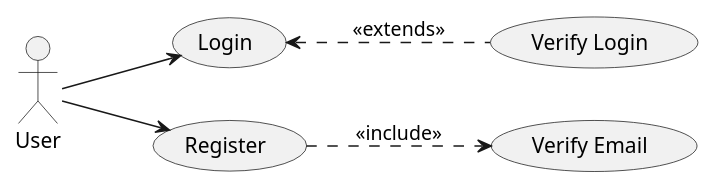
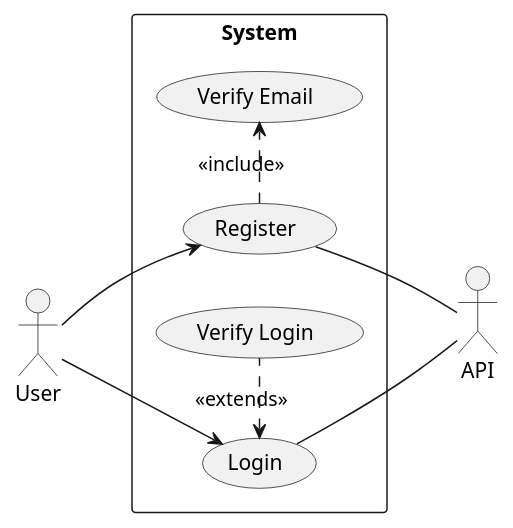
One commit to blackout1471/trust-us-school changed the diagram in Docs/Use-cases.plantuml. Above: the diagram before and after it, drawn with PlantUML. The commit also changed 9 other files, not shown here.

```diff
--- a/Docs/Use-cases.plantuml
+++ b/Docs/Use-cases.plantuml
@@ -1,11 +1,25 @@
 @startuml Use cases
 left to right direction
 
 "User" as user
+"API" as api
 
-user --> (Login)
-user --> (Register)
-(Register) ..> (Verify Email): <<include>>
-(Login) <.. (Verify Login): <<extends>>
+
+rectangle System {
+    usecase "Login" as u1
+    usecase "Register" as u2
+    usecase "Verify Email" as u3
+    usecase "Verify Login" as u4
+}
+
+user --> u1
+user --> u2
+
+u2 .> u3: <<include>>
+u1 <. u4: <<extends>>
+
+u1 -- api
+u2 -- api
+
 
 @enduml
```
